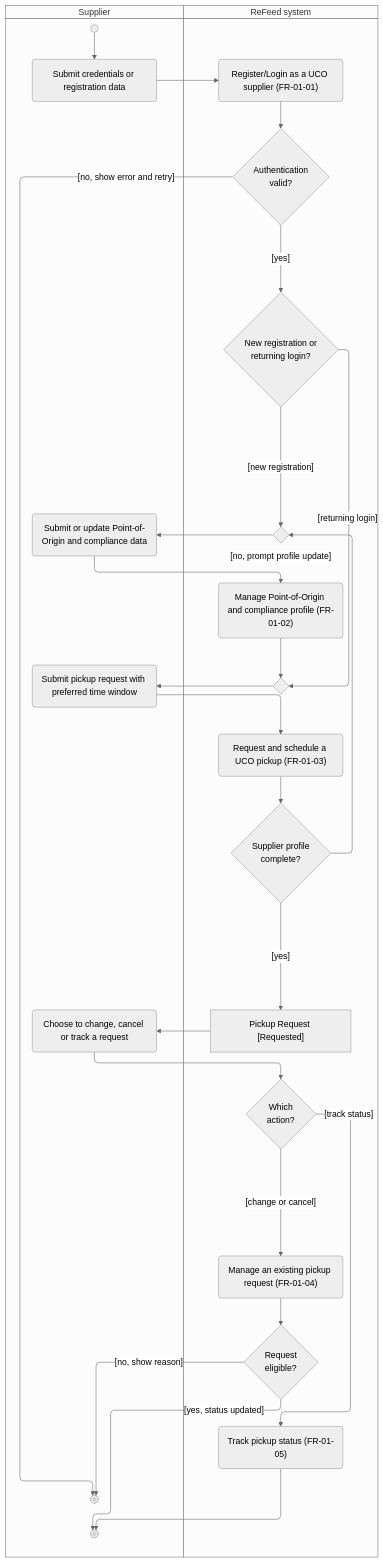
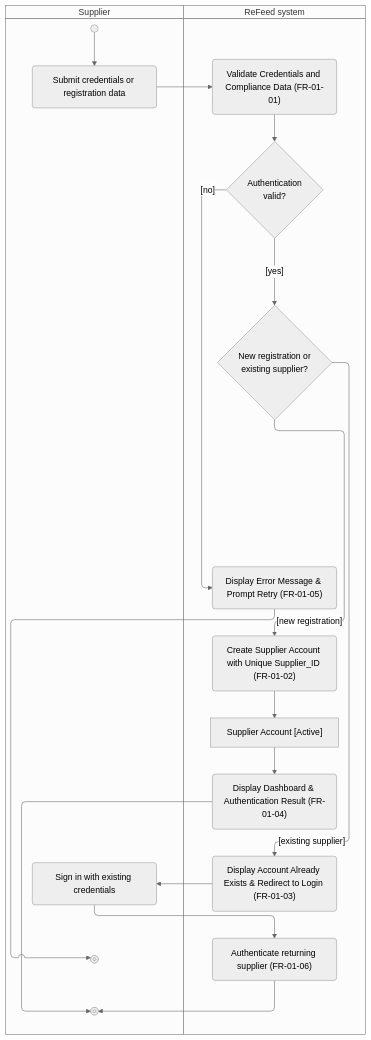
The diagram in docs/activity/AD-UC-01.md (thuyvicbh-alt/DBIZ2---GROUP-D), drawn with Mermaid (neutral theme) before and after one commit. The commit also changed other lines of this file, not shown here.

````diff
--- a/docs/activity/AD-UC-01.md
+++ b/docs/activity/AD-UC-01.md
@@ -25,39 +25,26 @@
 ```mermaid
 swimlane-beta TB
   subgraph SUP["Supplier"]
     start@{ shape: sm-circ }
     a1("Submit credentials or registration data")
-    a2("Submit or update Point-of-Origin and compliance data")
-    a3("Submit pickup request with preferred time window")
-    a4("Choose to change, cancel or track a request")
+    a2("Sign in with existing credentials")
     stop1@{ shape: fr-circ }
     stop2@{ shape: fr-circ }
   end
   subgraph SYS["ReFeed system"]
-    s1("Register/Login as a UCO supplier (FR-01-01)")
+    s1("Validate Credentials and Compliance Data (FR-01-01)")
     d1{"Authentication<br>valid?"}
-    d2{"New registration or<br>returning login?"}
-    m1{" "}
-    s2("Manage Point-of-Origin and compliance profile (FR-01-02)")
-    m2{" "}
-    s3("Request and schedule a UCO pickup (FR-01-03)")
-    d3{"Supplier profile<br>complete?"}
-    o1["Pickup Request [Requested]"]
-    d4{"Which<br>action?"}
-    s4("Manage an existing pickup request (FR-01-04)")
-    d5{"Request<br>eligible?"}
-    s5("Track pickup status (FR-01-05)")
+    s2("Display Error Message & Prompt Retry (FR-01-05)")
+    d2{"New registration or<br>existing supplier?"}
+    s3("Create Supplier Account with Unique Supplier_ID (FR-01-02)")
+    o1["Supplier Account [Active]"]
+    s4("Display Dashboard & Authentication Result (FR-01-04)")
+    s5("Display Account Already Exists & Redirect to Login (FR-01-03)")
+    s6("Authenticate returning supplier (FR-01-06)")
   end
   start --> a1 --> s1 --> d1
-  d1 -->|"[no, show error and retry]"| stop1
+  d1 -->|"[no]"| s2 --> stop1
   d1 -->|"[yes]"| d2
-  d2 -->|"[new registration]"| m1 --> a2 --> s2 --> m2
-  d2 -->|"[returning login]"| m2
-  m2 --> a3 --> s3 --> d3
-  d3 -->|"[no, prompt profile update]"| m1
-  d3 -->|"[yes]"| o1 --> a4 --> d4
-  d4 -->|"[change or cancel]"| s4 --> d5
-  d5 -->|"[no, show reason]"| stop1
-  d5 -->|"[yes, status updated]"| stop2
-  d4 -->|"[track status]"| s5 --> stop2
+  d2 -->|"[new registration]"| s3 --> o1 --> s4 --> stop2
+  d2 -->|"[existing supplier]"| s5 --> a2 --> s6 --> stop2
 ```
````
